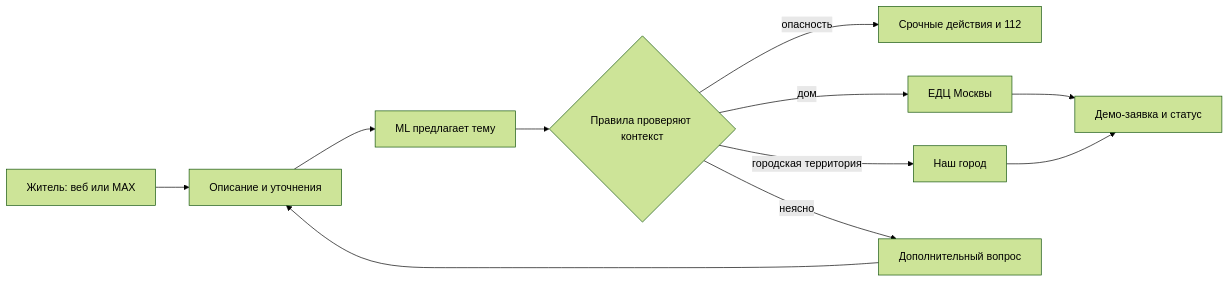
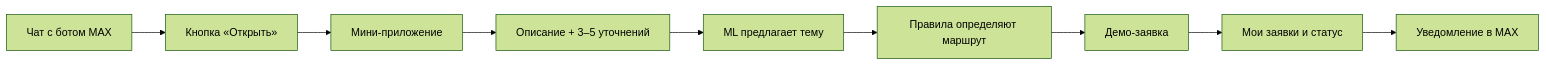
The diagram in README.md (dmksk/marshrut-zayavki-moscow), drawn with Mermaid (forest theme) before and after one commit. The commit also changed other lines of this file and 17 other files, not shown here.

Commit message:
Add MAX mini app and authenticated ticket flow

````diff
--- a/README.md
+++ b/README.md
@@ -50,13 +13,11 @@
 ```mermaid
 flowchart LR
-    A[Житель: веб или MAX] --> B[Описание и уточнения]
-    B --> C[ML предлагает тему]
-    C --> D{Правила проверяют контекст}
-    D -->|опасность| E[Срочные действия и 112]
-    D -->|дом| F[ЕДЦ Москвы]
-    D -->|городская территория| G[Наш город]
-    D -->|неясно| H[Дополнительный вопрос]
-    F --> I[Демо-заявка и статус]
-    G --> I
-    H --> B
+    A[Чат с ботом MAX] --> B[Кнопка «Открыть»]
+    B --> C[Мини-приложение]
+    C --> D[Описание + 3–5 уточнений]
+    D --> E[ML предлагает тему]
+    E --> F[Правила определяют маршрут]
+    F --> G[Демо-заявка]
+    G --> H[Мои заявки и статус]
+    H --> I[Уведомление в MAX]
 ```
````
